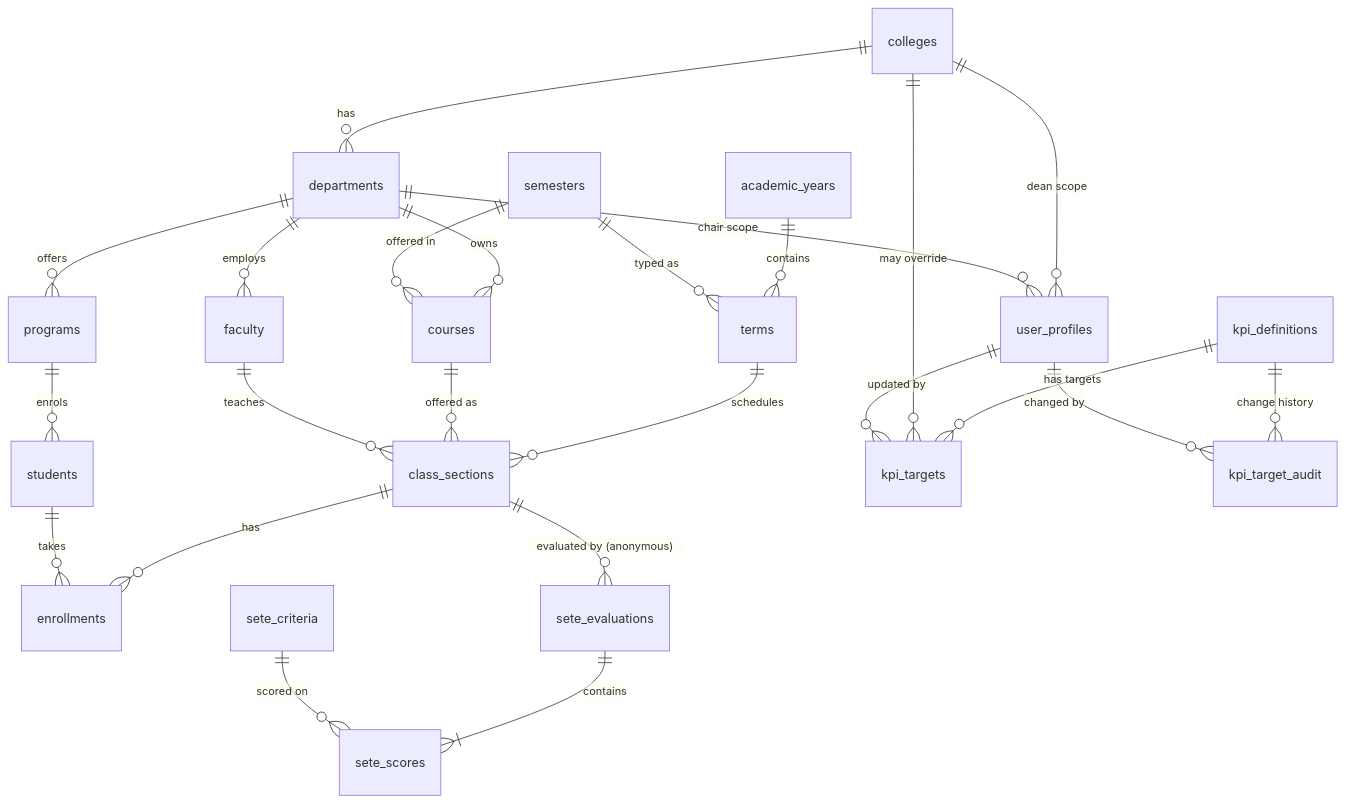
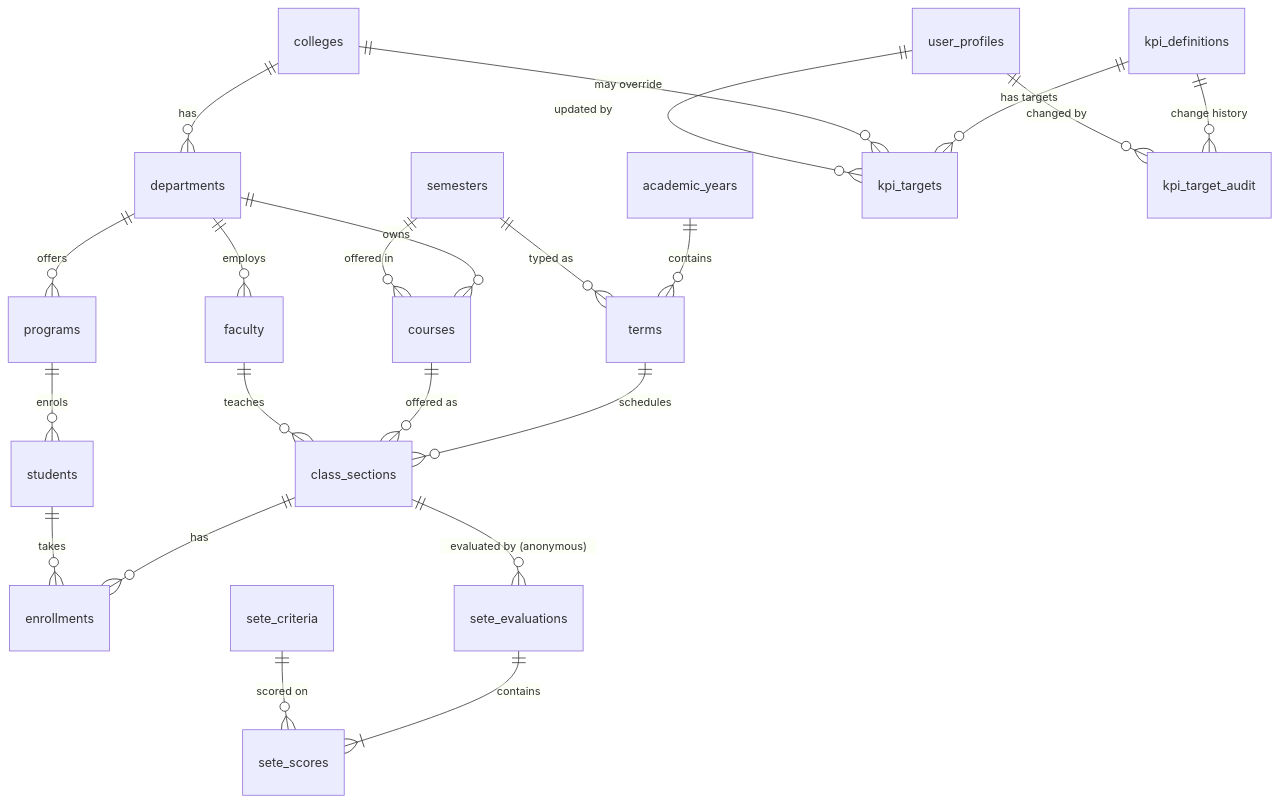
The diagram in docs/DATABASE.md (felman3/Steal-An-Egg-Diff), drawn with Mermaid before and after one commit. The commit also changed other lines of this file and 30 other files, not shown here.

````diff
--- a/docs/DATABASE.md
+++ b/docs/DATABASE.md
@@ -16,26 +17,24 @@
 ```mermaid
 erDiagram
   colleges ||--o{ departments : has
   departments ||--o{ programs : offers
   departments ||--o{ faculty : employs
   departments ||--o{ courses : owns
   programs ||--o{ students : enrols
   academic_years ||--o{ terms : contains
   semesters ||--o{ terms : "typed as"
   semesters ||--o{ courses : "offered in"
   terms ||--o{ class_sections : schedules
   courses ||--o{ class_sections : "offered as"
   faculty ||--o{ class_sections : teaches
   class_sections ||--o{ enrollments : has
   students ||--o{ enrollments : takes
   class_sections ||--o{ sete_evaluations : "evaluated by (anonymous)"
   sete_evaluations ||--|{ sete_scores : contains
   sete_criteria ||--o{ sete_scores : "scored on"
   kpi_definitions ||--o{ kpi_targets : "has targets"
   colleges ||--o{ kpi_targets : "may override"
   kpi_definitions ||--o{ kpi_target_audit : "change history"
   user_profiles ||--o{ kpi_target_audit : "changed by"
   user_profiles ||--o{ kpi_targets : "updated by"
-  colleges ||--o{ user_profiles : "dean scope"
-  departments ||--o{ user_profiles : "chair scope"
 ```
````
